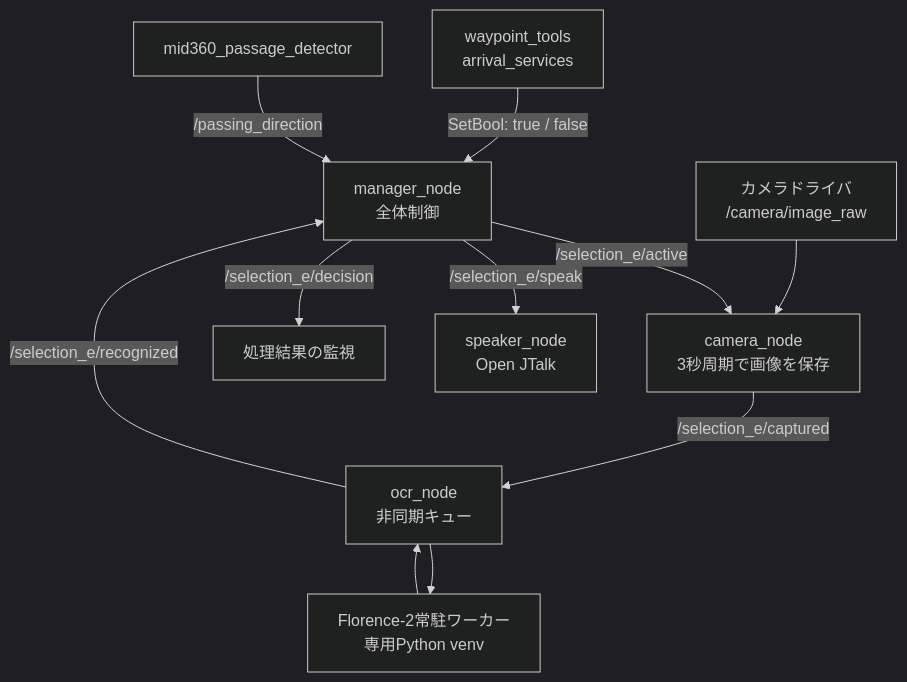
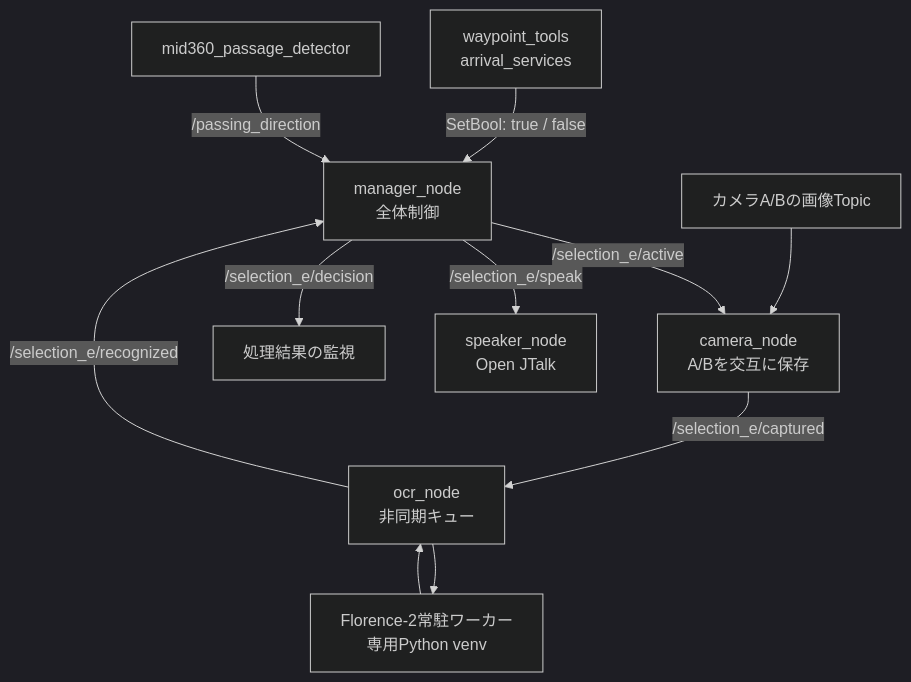
The diagram in README.md (Shuma-s58/selection_e_manager), drawn with Mermaid (dark theme) before and after one commit. The commit also changed other lines of this file and 5 other files, not shown here.

````diff
--- a/README.md
+++ b/README.md
@@ -11,13 +11,13 @@
 ```mermaid
 flowchart TD
     WP["waypoint_tools<br>arrival_services"] -->|"SetBool: true / false"| M["manager_node<br>全体制御"]
     L["mid360_passage_detector"] -->|"/passing_direction"| M
-    M -->|"/selection_e/active"| C["camera_node<br>3秒周期で画像を保存"]
-    CAM["カメラドライバ<br>/camera/image_raw"] --> C
+    M -->|"/selection_e/active"| C["camera_node<br>A/Bを交互に保存"]
+    CAM["カメラA/Bの画像Topic"] --> C
     C -->|"/selection_e/captured"| O["ocr_node<br>非同期キュー"]
     O --> W["Florence-2常駐ワーカー<br>専用Python venv"]
     W --> O
     O -->|"/selection_e/recognized"| M
     M -->|"/selection_e/speak"| S["speaker_node<br>Open JTalk"]
     M -->|"/selection_e/decision"| LOG["処理結果の監視"]
 ```
````
